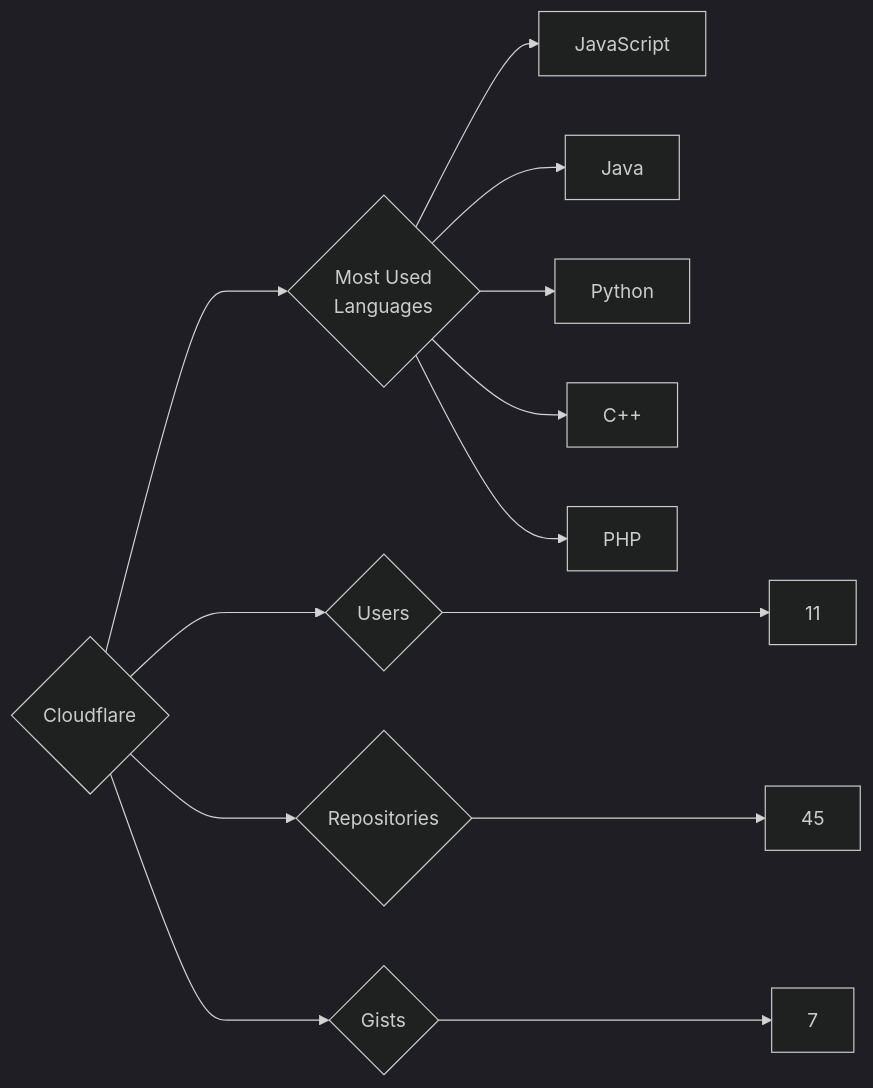
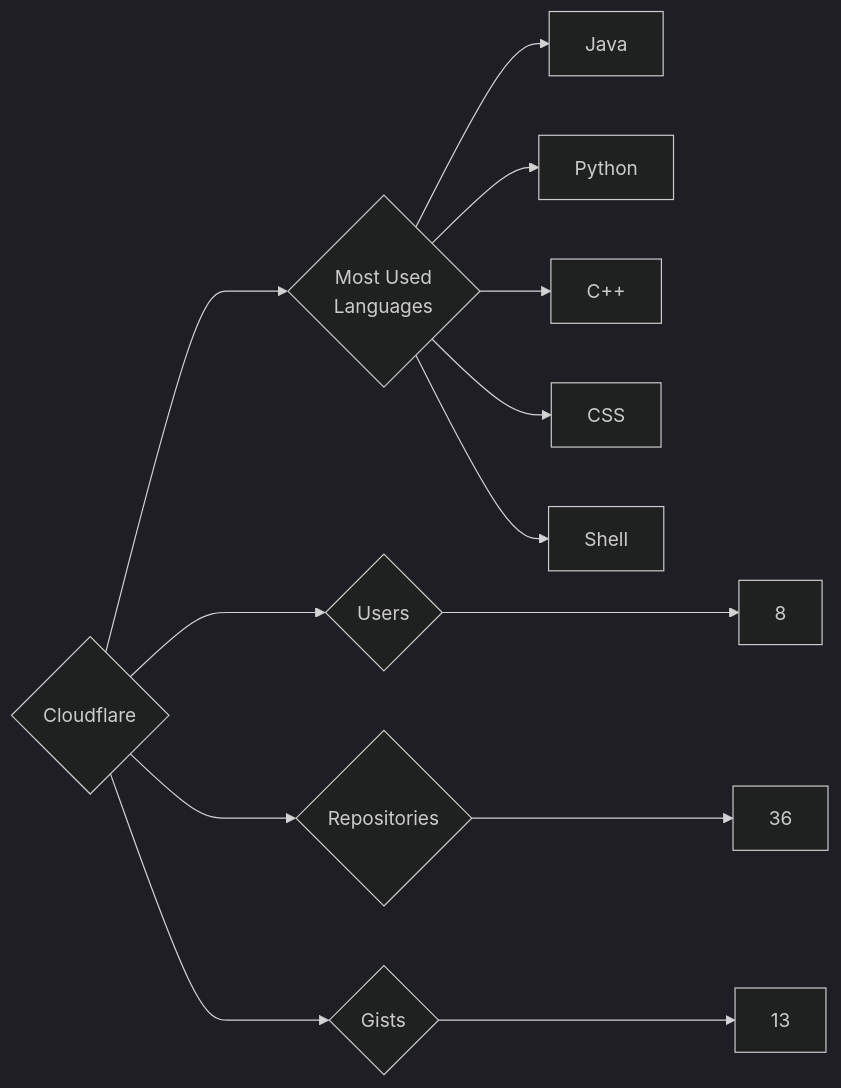
One commit to trickest/insiders changed the diagram in targets/Cloudflare/README.md. Above: the diagram before and after it, drawn with Mermaid (dark theme). The commit also changed 776 other files, not shown here.

````diff
--- a/targets/Cloudflare/README.md
+++ b/targets/Cloudflare/README.md
@@ -3,13 +3,13 @@
 ```mermaid
 graph LR
 COMPANY_NAME{Cloudflare}
-COMPANY_NAME ---> U{Users} ---> UN[11]
-COMPANY_NAME ---> R{Repositories} ---> RN[45]
-COMPANY_NAME ---> G{Gists} ---> GN[7]
+COMPANY_NAME ---> U{Users} ---> UN[8]
+COMPANY_NAME ---> R{Repositories} ---> RN[36]
+COMPANY_NAME ---> G{Gists} ---> GN[13]
 COMPANY_NAME ---> ML{Most Used<br>Languages}
-ML --> JavaScript[JavaScript]
 ML --> Java[Java]
 ML --> Python[Python]
 ML --> C++[C++]
-ML --> PHP[PHP]
+ML --> CSS[CSS]
+ML --> Shell[Shell]
 ```
````
